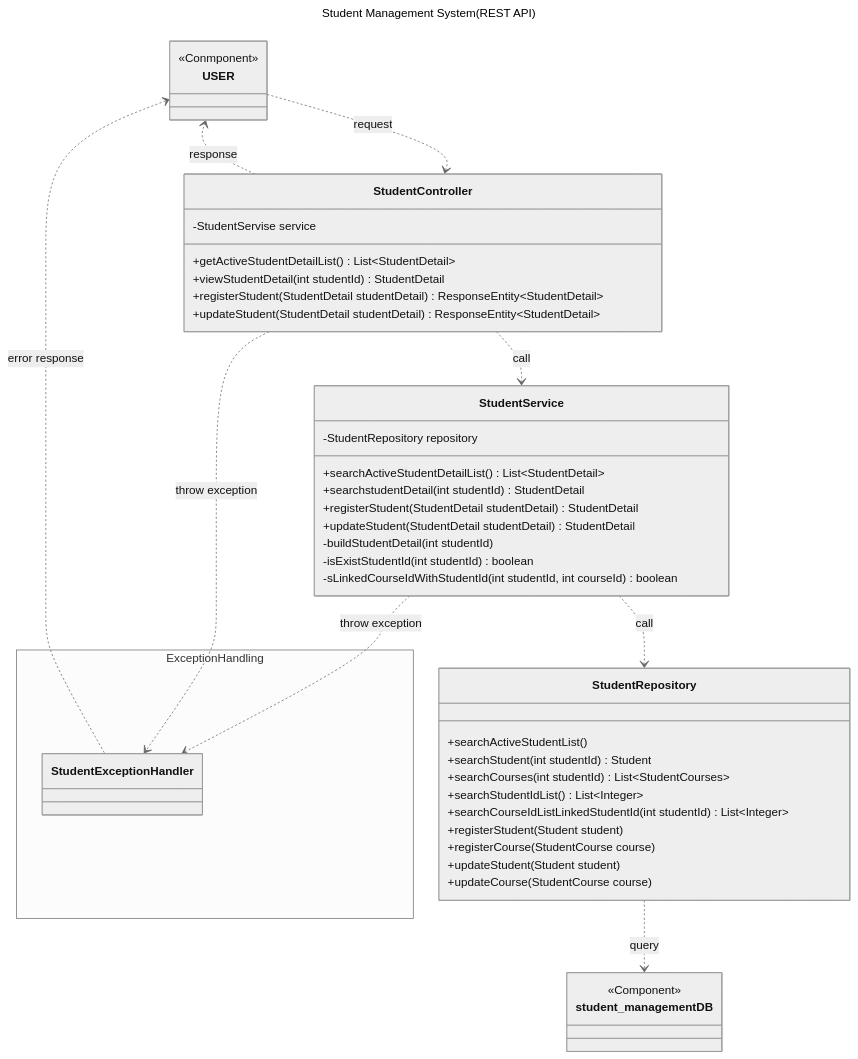
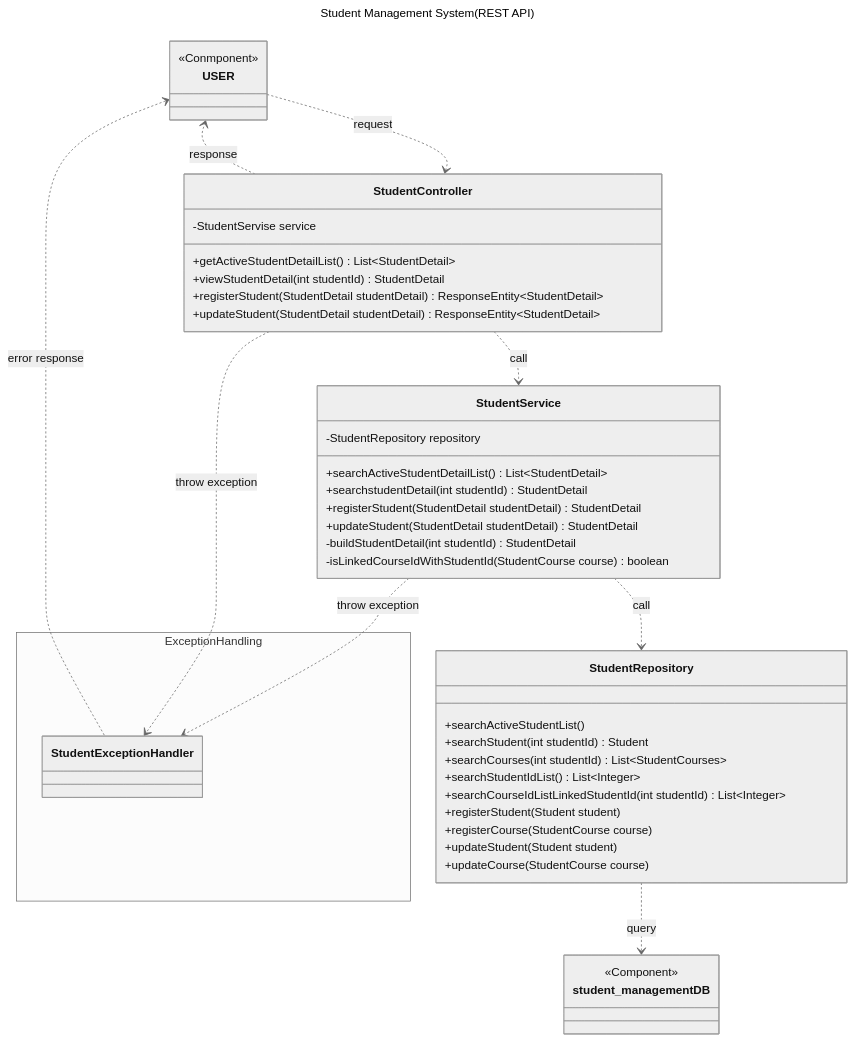
Before and after one commit to saway261/StudentManagement: the fifth of 7 diagrams in README.md, drawn with Mermaid (neutral theme). The commit also changed other lines of this file, not shown here.

Commit message:
docs: README修正(受講生単一検索と受講生更新のシーケンス図を修正、ER図に外部キーについてのコメント追加)

````diff
--- a/README.md
+++ b/README.md
@@ -150,56 +152,55 @@
 ```mermaid
 ---
 title: Student Management System(REST API)
 ---
 classDiagram
     class USER {
         <<Conmponent>>
     }
     class student_managementDB {
         <<Component>>
     }
     USER ..> StudentController: request
     direction TB
     StudentController ..> USER: response
     StudentController ..> StudentService: call
     StudentService ..> StudentRepository: call
     StudentRepository ..> student_management DB: query
 
     class StudentController {
         -StudentServise service
         +getActiveStudentDetailList() List~StudentDetail~
         +viewStudentDetail(int studentId) StudentDetail
         +registerStudent(StudentDetail studentDetail) ResponseEntity~StudentDetail~
         +updateStudent(StudentDetail studentDetail) ResponseEntity~StudentDetail~
     }
     class StudentService {
         -StudentRepository repository
         +searchActiveStudentDetailList() List~StudentDetail~
         +searchstudentDetail(int studentId) StudentDetail
         +registerStudent(StudentDetail studentDetail) StudentDetail
         +updateStudent(StudentDetail studentDetail) StudentDetail
-        -buildStudentDetail(int studentId)
-        -isExistStudentId(int studentId) boolean
-        -sLinkedCourseIdWithStudentId(int studentId, int courseId) boolean
+        -buildStudentDetail(int studentId) StudentDetail
+        -isLinkedCourseIdWithStudentId(StudentCourse course) boolean
     }
     class StudentRepository {
         +searchActiveStudentList()
         +searchStudent(int studentId) Student
         +searchCourses(int studentId) List~StudentCourses~
         +searchStudentIdList() List~Integer~
         +searchCourseIdListLinkedStudentId(int studentId) List~Integer~
         +registerStudent(Student student)
         +registerCourse(StudentCourse course)
         +updateStudent(Student student)
         +updateCourse(StudentCourse course)
     }
     namespace ExceptionHandling {
         class StudentExceptionHandler {
         }
     }
     StudentService ..> StudentExceptionHandler: throw exception
     StudentController ..> StudentExceptionHandler: throw exception
     USER <.. StudentExceptionHandler: error response
 
 
 ```
````
